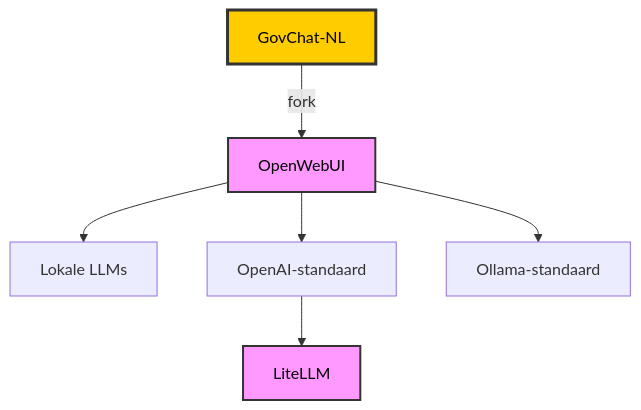
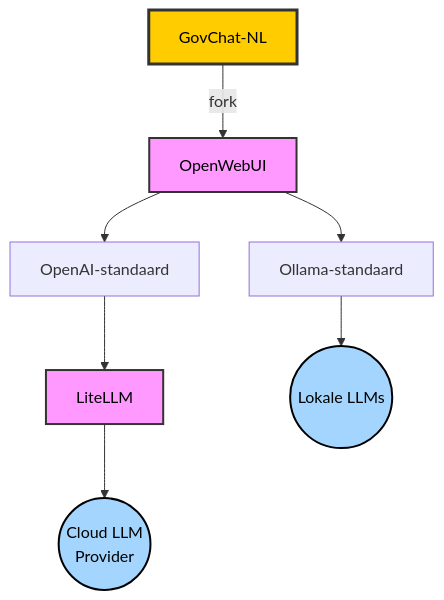
The diagram in README.md (jeannotdamoiseaux/GovChat-NL), drawn with Mermaid before and after one commit.

Commit message:
Verbeter mermaid grafiek

````diff
--- a/README.md
+++ b/README.md
@@ -70,31 +70,36 @@
 ```mermaid 
 
 flowchart TD 
 
     %% Hoofdcomponent 
 
     GovChatNL[GovChat-NL]:::main --> |fork| OpenWebUI:::repo; 
 
  
 
     %% Repositories met standaardstijl 
 
-    OpenWebUI --> LokaleLLMs[Lokale LLMs]; 
-
     OpenWebUI --> OpenAI-standaard; 
 
     OpenWebUI --> Ollama-standaard; 
 
-    OpenAI-standaard --> LiteLLM:::repo; 
+    OpenAI-standaard --> LiteLLM:::repo;
+
+    Ollama-standaard --> Lokale_LLMs((Lokale LLMs)):::provider;
+
+    LiteLLM --> LLM_Provider((Cloud LLM <br> Provider)):::provider;
+
 
  
 
     %% Klassen voor stijl 
 
     classDef main fill:#ffcc00,stroke:#333,stroke-width:3px,rounded-corners, font-size:16px, color:#000000; 
 
     classDef repo fill:#f9f,stroke:#333,stroke-width:2px,rounded-corners,color:#000000; 
 
+    classDef provider fill:#a3d5ff,stroke:#000,stroke-width:2px,color:#000,stroke-linejoin:round;
+
  
 
 ``` 
````
